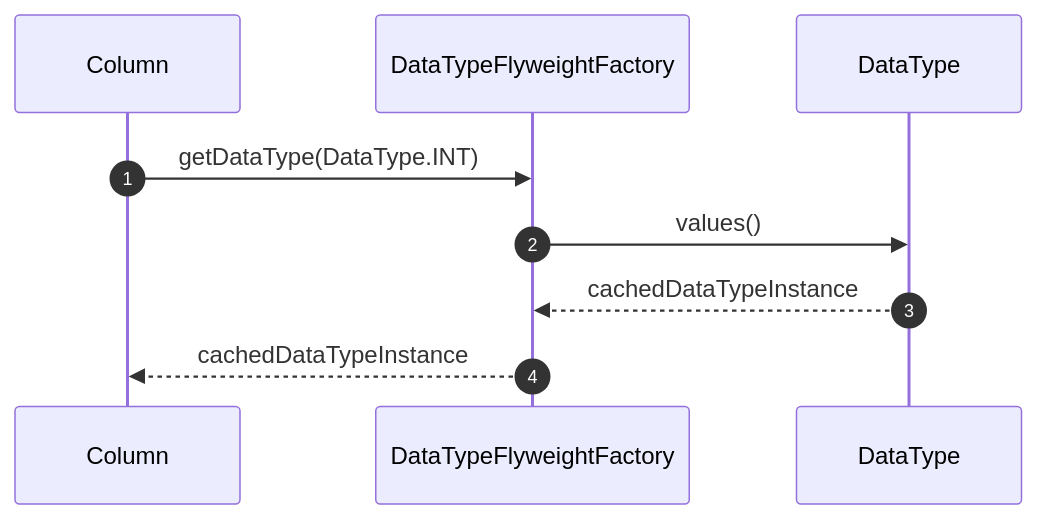
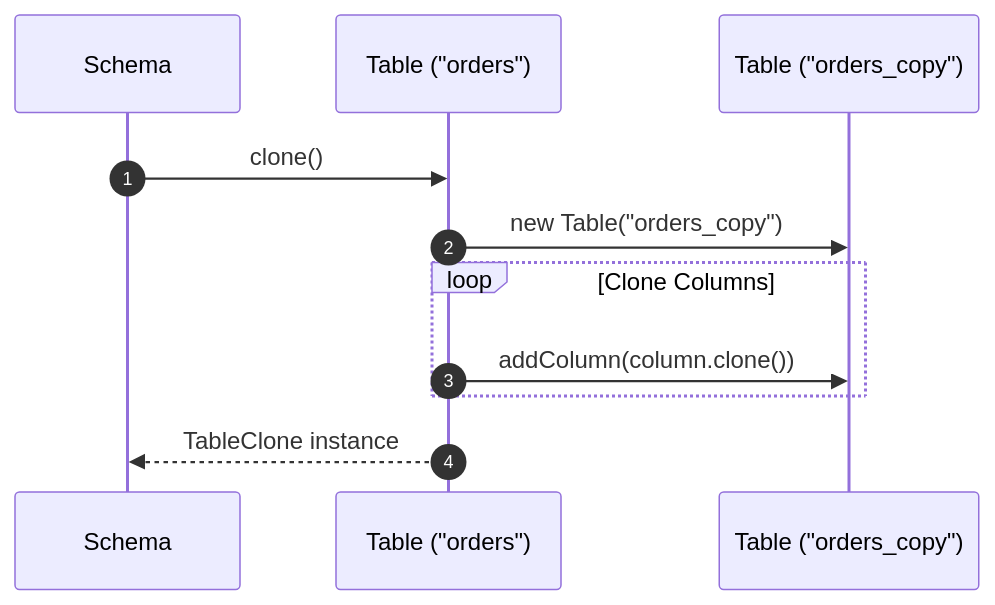
The seventh of 15 diagrams in docs/design_patterns/metadata/Sequece.md (Dikhang1112/Database_Management_BBV), drawn with Mermaid before and after one commit. The commit also changed other lines of this file and 2 other files, not shown here.

Commit message:
Refactor class diagram follow desgin pattern and document

````diff
--- a/docs/design_patterns/metadata/Sequece.md
+++ b/docs/design_patterns/metadata/Sequece.md
@@ -237,12 +167,14 @@
 ```mermaid
 sequenceDiagram
     autonumber
-    participant Column as Column
-    participant Factory as DataTypeFlyweightFactory
-    participant Enum as DataType
+    participant Schema as Schema
+    participant TableOrig as Table ("orders")
+    participant TableClone as Table ("orders_copy")
 
-    Column->>Factory: getDataType(DataType.INT)
-    Factory->>Enum: values()
-    Enum-->>Factory: cachedDataTypeInstance
-    Factory-->>Column: cachedDataTypeInstance
+    Schema->>TableOrig: clone()
+    TableOrig->>TableClone: new Table("orders_copy")
+    loop Clone Columns
+        TableOrig->>TableClone: addColumn(column.clone())
+    end
+    TableOrig-->>Schema: TableClone instance
 ```
````
